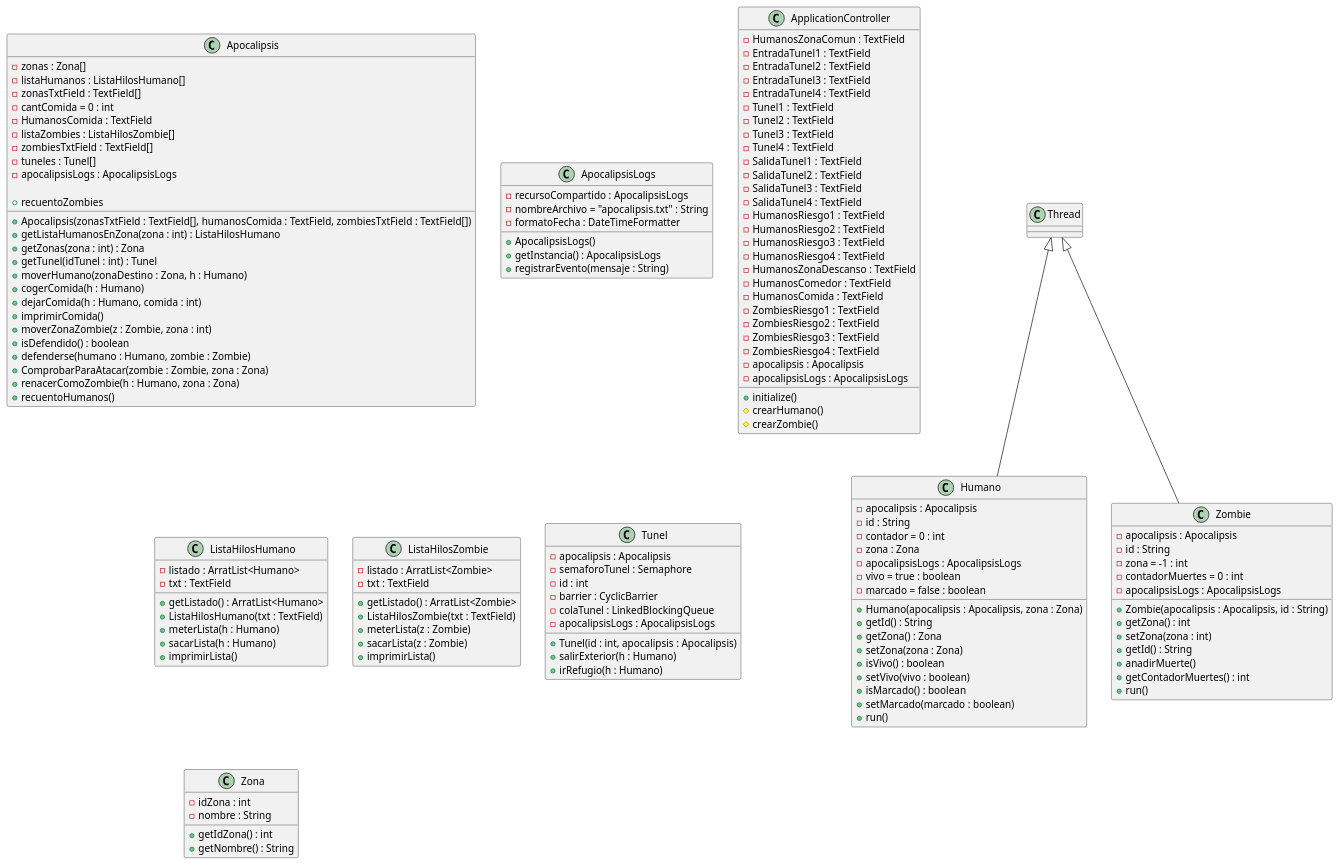
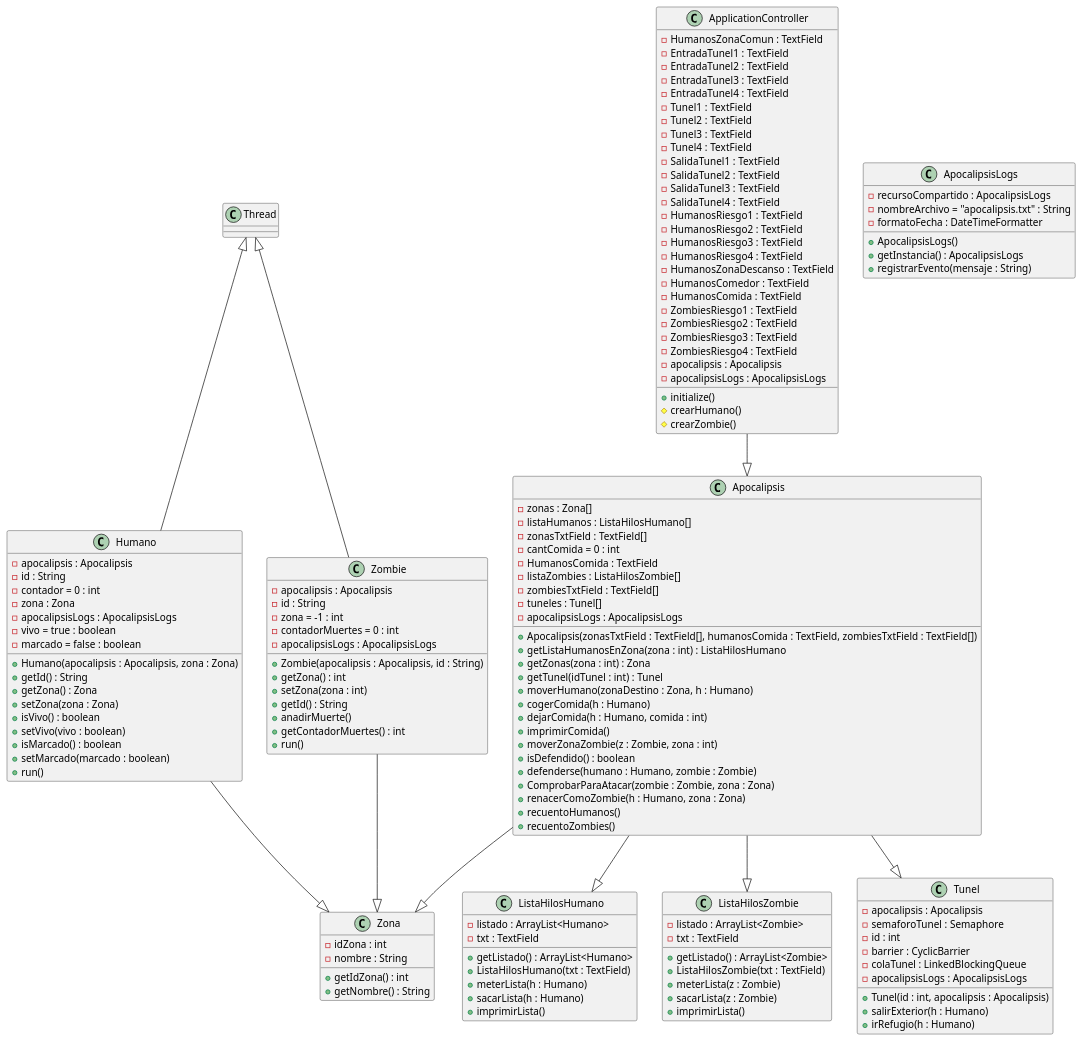
One commit to candelasanzm/PECL_CandelaSanz_Maria changed the diagram in DiagramaDeClases.puml. Above: the diagram before and after it, drawn with PlantUML.

Commit message:
diagrama

```diff
--- a/DiagramaDeClases.puml
+++ b/DiagramaDeClases.puml
@@ -1,156 +1,164 @@
 @startuml
 'https://plantuml.com/class-diagram
 
 class Apocalipsis
 class ApocalipsisLogs
 class ApplicationController
 class Humano
 class ListaHilosHumano
 class ListaHilosZombie
 class Tunel
 class Zombie
 class Zona
 
 class Zona{
 -idZona : int
 -nombre : String
 +getIdZona() : int
 +getNombre() : String
 }
 
 class ListaHilosHumano{
--listado : ArratList<Humano>
+-listado : ArrayList<Humano>
 -txt : TextField
-+getListado() : ArratList<Humano>
++getListado() : ArrayList<Humano>
 +ListaHilosHumano(txt : TextField)
 +meterLista(h : Humano)
 +sacarLista(h : Humano)
 +imprimirLista()
 }
 
 class ListaHilosZombie{
--listado : ArratList<Zombie>
+-listado : ArrayList<Zombie>
 -txt : TextField
-+getListado() : ArratList<Zombie>
++getListado() : ArrayList<Zombie>
 +ListaHilosZombie(txt : TextField)
 +meterLista(z : Zombie)
 +sacarLista(z : Zombie)
 +imprimirLista()
 }
 
 class Tunel{
 -apocalipsis : Apocalipsis
 -semaforoTunel : Semaphore
 -id : int
 -barrier : CyclicBarrier
 -colaTunel : LinkedBlockingQueue
 -apocalipsisLogs : ApocalipsisLogs
 +Tunel(id : int, apocalipsis : Apocalipsis)
 +salirExterior(h : Humano)
 +irRefugio(h : Humano)
 }
 
 class Apocalipsis{
 -zonas : Zona[]
 -listaHumanos : ListaHilosHumano[]
 -zonasTxtField : TextField[]
 -cantComida = 0 : int
 -HumanosComida : TextField
 -listaZombies : ListaHilosZombie[]
 -zombiesTxtField : TextField[]
 -tuneles : Tunel[]
 -apocalipsisLogs : ApocalipsisLogs
 
 +Apocalipsis(zonasTxtField : TextField[], humanosComida : TextField, zombiesTxtField : TextField[])
 +getListaHumanosEnZona(zona : int) : ListaHilosHumano
 +getZonas(zona : int) : Zona
 +getTunel(idTunel : int) : Tunel
 +moverHumano(zonaDestino : Zona, h : Humano)
 +cogerComida(h : Humano)
 +dejarComida(h : Humano, comida : int)
 +imprimirComida()
 +moverZonaZombie(z : Zombie, zona : int)
 +isDefendido() : boolean
 +defenderse(humano : Humano, zombie : Zombie)
 +ComprobarParaAtacar(zombie : Zombie, zona : Zona)
 +renacerComoZombie(h : Humano, zona : Zona)
 +recuentoHumanos()
-+recuentoZombies
++recuentoZombies()
 }
 
 class Humano extends Thread {
 -apocalipsis : Apocalipsis
 -id : String
 -contador = 0 : int
 -zona : Zona
 -apocalipsisLogs : ApocalipsisLogs
 -vivo = true : boolean
 -marcado = false : boolean
 +Humano(apocalipsis : Apocalipsis, zona : Zona)
 +getId() : String
 +getZona() : Zona
 +setZona(zona : Zona)
 +isVivo() : boolean
 +setVivo(vivo : boolean)
 +isMarcado() : boolean
 +setMarcado(marcado : boolean)
 +run()
 }
 
 class Zombie extends Thread{
 -apocalipsis : Apocalipsis
 -id : String
 -zona = -1 : int
 -contadorMuertes = 0 : int
 -apocalipsisLogs : ApocalipsisLogs
 +Zombie(apocalipsis : Apocalipsis, id : String)
 +getZona() : int
 +setZona(zona : int)
 +getId() : String
 +anadirMuerte()
 +getContadorMuertes() : int
 +run()
 }
 
 class ApocalipsisLogs{
 -recursoCompartido : ApocalipsisLogs
 -nombreArchivo = "apocalipsis.txt" : String
 -formatoFecha : DateTimeFormatter
 +ApocalipsisLogs()
 +getInstancia() : ApocalipsisLogs
 +registrarEvento(mensaje : String)
 }
 
 class ApplicationController{
 -HumanosZonaComun : TextField
 -EntradaTunel1 : TextField
 -EntradaTunel2 : TextField
 -EntradaTunel3 : TextField
 -EntradaTunel4 : TextField
 -Tunel1 : TextField
 -Tunel2 : TextField
 -Tunel3 : TextField
 -Tunel4 : TextField
 -SalidaTunel1 : TextField
 -SalidaTunel2 : TextField
 -SalidaTunel3 : TextField
 -SalidaTunel4 : TextField
 -HumanosRiesgo1 : TextField
 -HumanosRiesgo2 : TextField
 -HumanosRiesgo3 : TextField
 -HumanosRiesgo4 : TextField
 -HumanosZonaDescanso : TextField
 -HumanosComedor : TextField
 -HumanosComida : TextField
 -ZombiesRiesgo1 : TextField
 -ZombiesRiesgo2 : TextField
 -ZombiesRiesgo3 : TextField
 -ZombiesRiesgo4 : TextField
 -apocalipsis : Apocalipsis
 -apocalipsisLogs : ApocalipsisLogs
 +initialize()
 #crearHumano()
 #crearZombie()
 }
 
+Apocalipsis --|> Zona
+Apocalipsis --|> ListaHilosHumano
+Apocalipsis --|> ListaHilosZombie
+Apocalipsis --|> Tunel
+Humano --|> Zona
+Zombie --|> Zona
+ApplicationController --|> Apocalipsis
+
 @enduml
```
